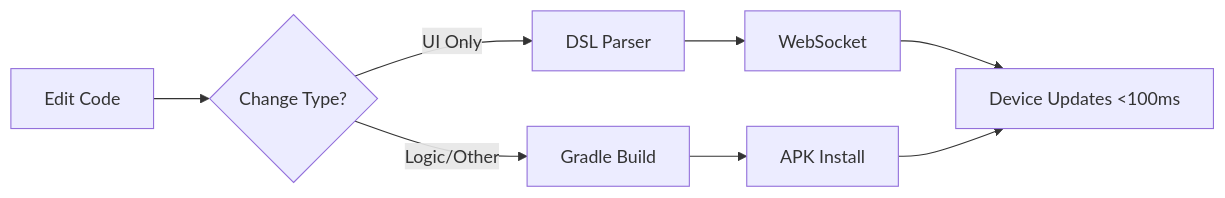
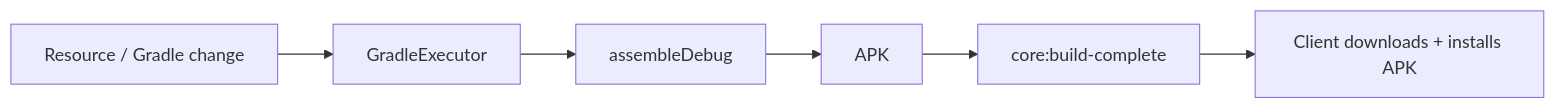
Before and after one commit to dev-phantom/jetstart: the second of 2 diagrams in docs/docs/getting-started/introduction.md, drawn with Mermaid. The commit also changed other lines of this file and 47 other files, not shown here.

````diff
--- a/docs/docs/getting-started/introduction.md
+++ b/docs/docs/getting-started/introduction.md
@@ -38,10 +52,8 @@
 ```mermaid
 graph LR
-    A[Edit Code] --> B{Change Type?}
-    B -->|UI Only| C[DSL Parser]
-    B -->|Logic/Other| D[Gradle Build]
-    C --> E[WebSocket]
-    D --> F[APK Install]
-    E --> G[Device Updates <100ms]
-    F --> G
+    A[Resource / Gradle change] --> B[GradleExecutor]
+    B --> C[assembleDebug]
+    C --> D[APK]
+    D --> E[core:build-complete]
+    E --> F[Client downloads + installs APK]
 ```
````
